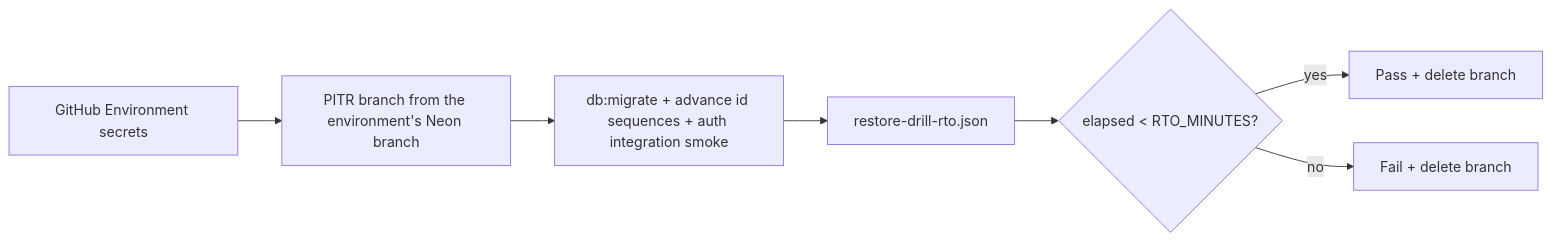
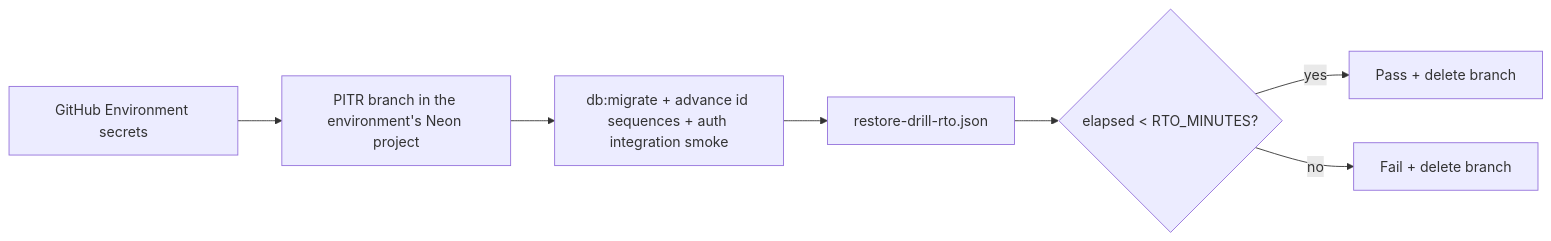
Before and after one commit to albetrios/clinozy-be: the diagram in docs/process/backup-drills.md, drawn with Mermaid. The commit also changed other lines of this file and 10 other files, not shown here.

````diff
--- a/docs/process/backup-drills.md
+++ b/docs/process/backup-drills.md
@@ -21,9 +21,9 @@
 ```mermaid
 flowchart LR
-  A[GitHub Environment secrets] --> B["PITR branch from the environment's Neon branch"]
+  A[GitHub Environment secrets] --> B["PITR branch in the environment's Neon project"]
   B --> C[db:migrate + advance id sequences + auth integration smoke]
   C --> D[restore-drill-rto.json]
   D --> E{elapsed < RTO_MINUTES?}
   E -->|yes| F[Pass + delete branch]
   E -->|no| G[Fail + delete branch]
 ```
````
